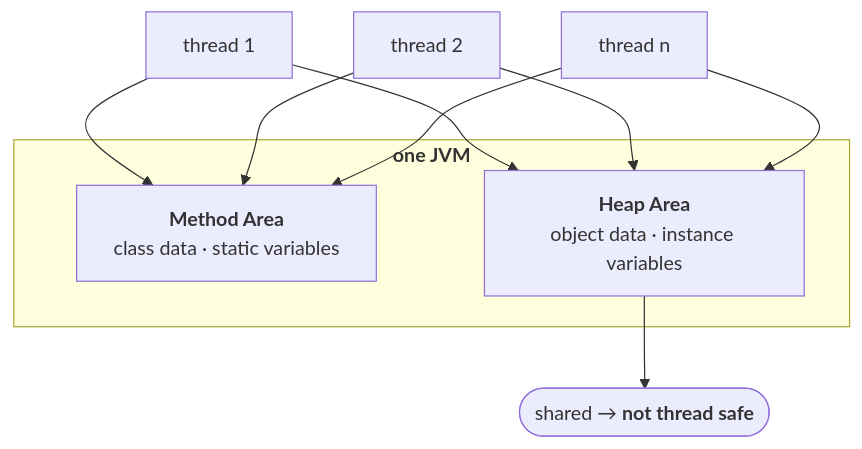
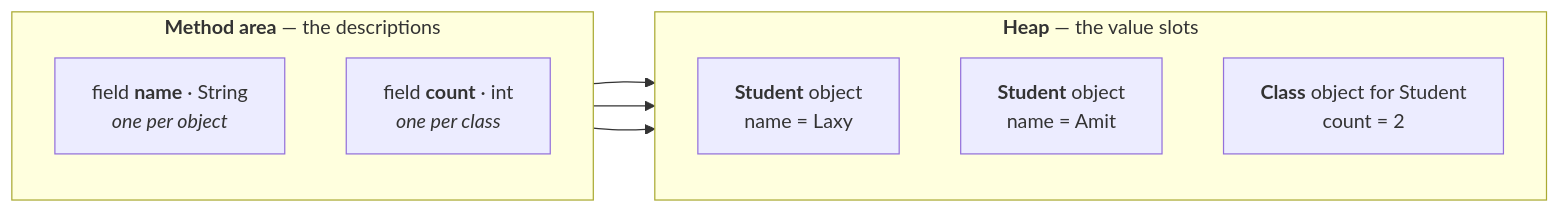
The fourth of 6 diagrams in Java/DURGA/JVM-ARCHITECTURE/05-The five memory areas.md (Dummy-Bug/system-design-handbook), drawn with Mermaid before and after one commit. The commit also changed other lines of this file and 8 other files, not shown here.

````diff
--- a/Java/DURGA/JVM-ARCHITECTURE/05-The five memory areas.md
+++ b/Java/DURGA/JVM-ARCHITECTURE/05-The five memory areas.md
@@ -74,14 +213,17 @@
 ```mermaid
-flowchart TB
-    subgraph JVM["<b>one JVM</b>"]
-        MA["<b>Method Area</b><br/>class data · static variables"]
-        HP["<b>Heap Area</b><br/>object data · instance variables"]
+flowchart LR
+    subgraph MA["<b>Method area</b> — the descriptions"]
+        direction TB
+        DI["field <b>name</b> · String<br/><i>one per object</i>"]
+        DS["field <b>count</b> · int<br/><i>one per class</i>"]
     end
-    T1["thread 1"] --> HP
-    T2["thread 2"] --> HP
-    T3["thread n"] --> HP
-    T1 --> MA
-    T2 --> MA
-    T3 --> MA
-    HP --> NS(["shared → <b>not thread safe</b>"])
+    subgraph HP["<b>Heap</b> — the value slots"]
+        direction TB
+        O1["<b>Student</b> object<br/>name = Laxy"]
+        O2["<b>Student</b> object<br/>name = Amit"]
+        CO["<b>Class</b> object for Student<br/>count = 2"]
+    end
+    DI --> O1
+    DI --> O2
+    DS --> CO
 ```
````
